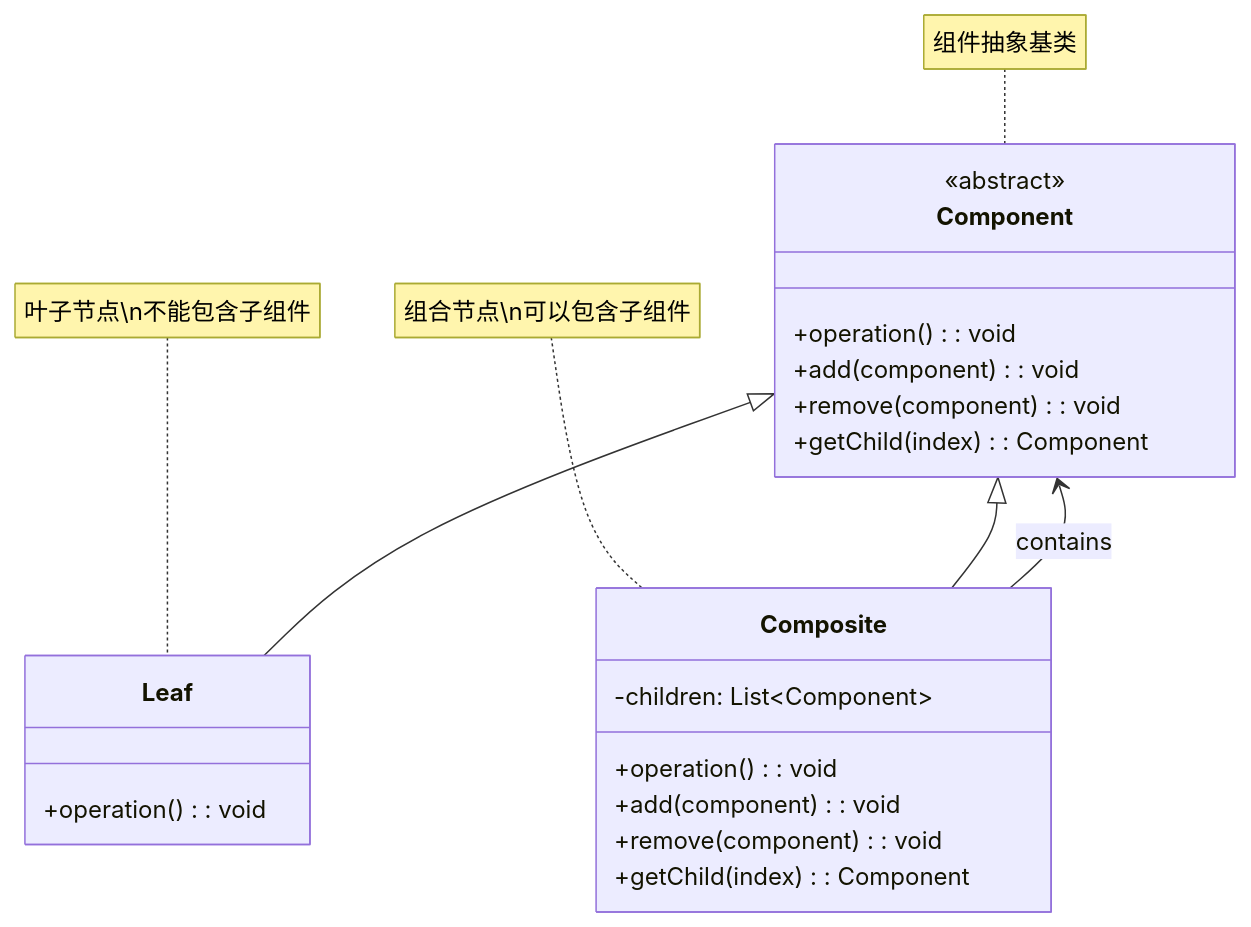
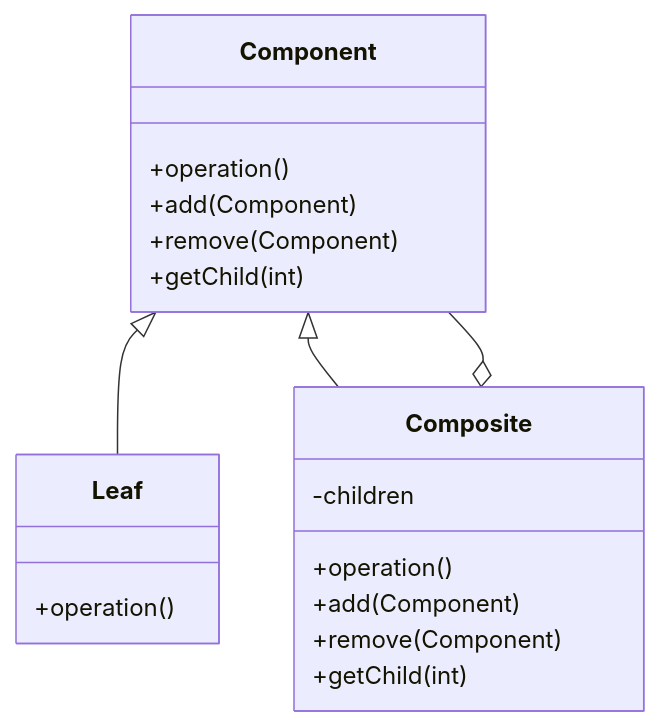
One commit to fanly/DesignPattern changed the first of 2 diagrams in resources/design-patterns/laravel/structural/composite_zh.md. Above: the diagram before and after it, drawn with Mermaid. The commit also changed other lines of this file and 103 other files, not shown here.

````diff
--- a/resources/design-patterns/laravel/structural/composite_zh.md
+++ b/resources/design-patterns/laravel/structural/composite_zh.md
@@ -10,30 +21,25 @@
 ```mermaid
 classDiagram
     class Component {
-        <<abstract>>
-        +operation(): void
-        +add(component): void
-        +remove(component): void
-        +getChild(index): Component
+        +operation()
+        +add(Component)
+        +remove(Component)
+        +getChild(int)
     }
     
     class Leaf {
-        +operation(): void
+        +operation()
     }
     
     class Composite {
-        -children: List~Component~
-        +operation(): void
-        +add(component): void
-        +remove(component): void
-        +getChild(index): Component
+        -children
+        +operation()
+        +add(Component)
+        +remove(Component)
+        +getChild(int)
     }
     
     Component <|-- Leaf
     Component <|-- Composite
-    Composite --> Component : contains
-    
-    note for Component "组件抽象基类"
-    note for Leaf "叶子节点\n不能包含子组件"
-    note for Composite "组合节点\n可以包含子组件"
+    Composite o-- Component
 ```
````
